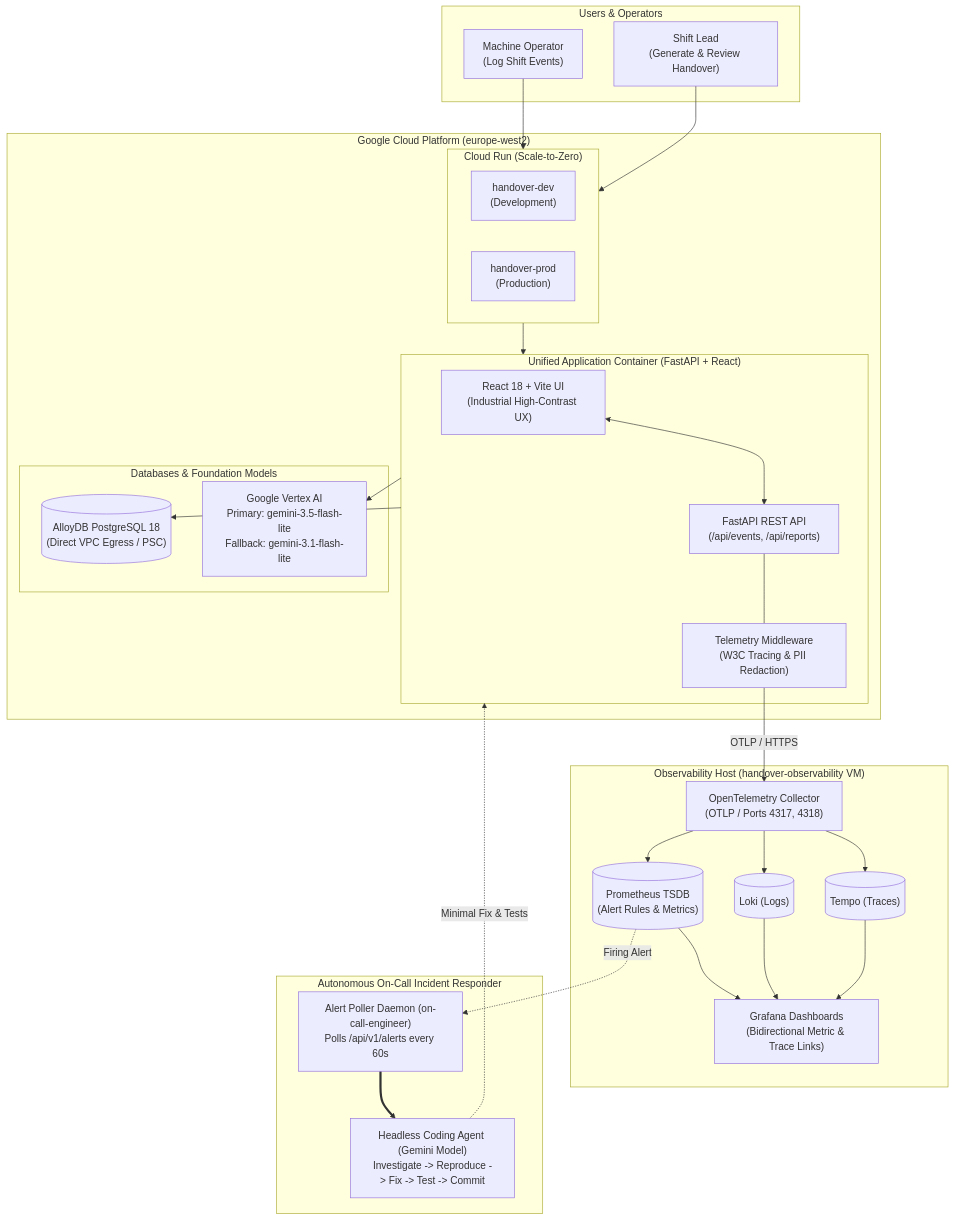
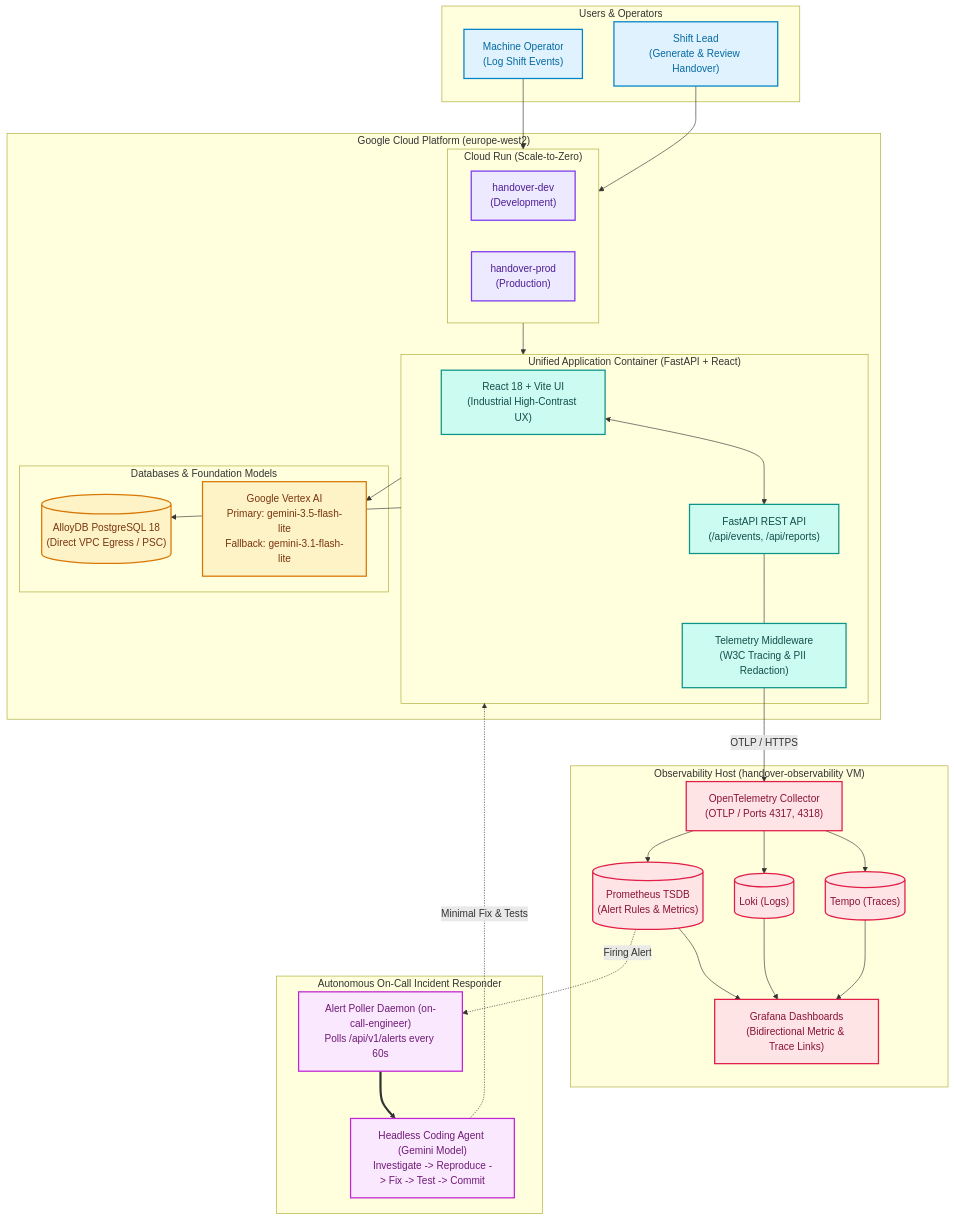
The first of 2 diagrams in README.md (gxobst/handover-copilot), drawn with Mermaid before and after one commit. The commit also changed other lines of this file and 12 other files, not shown here.

Commit message:
docs: enrich READMEs with vivid Mermaid styling, screenshots, and alert callouts (#40)

````diff
--- a/README.md
+++ b/README.md
@@ -64,58 +86,65 @@
 ```mermaid
 flowchart TD
+    classDef clientTier fill:#e0f2fe,stroke:#0284c7,stroke-width:2px,color:#0369a1;
+    classDef cloudRunTier fill:#ede9fe,stroke:#7c3aed,stroke-width:2px,color:#4c1d95;
+    classDef appTier fill:#ccfbf1,stroke:#0d9488,stroke-width:2px,color:#134e4a;
+    classDef dataTier fill:#fef3c7,stroke:#d97706,stroke-width:2px,color:#78350f;
+    classDef obsTier fill:#ffe4e6,stroke:#e11d48,stroke-width:2px,color:#881337;
+    classDef agentTier fill:#fae8ff,stroke:#c026d3,stroke-width:2px,color:#701a75;
+
     subgraph Clients["Users & Operators"]
-        Operator["Machine Operator\n(Log Shift Events)"]
-        Lead["Shift Lead\n(Generate & Review Handover)"]
+        Operator["Machine Operator\n(Log Shift Events)"]:::clientTier
+        Lead["Shift Lead\n(Generate & Review Handover)"]:::clientTier
     end
 
     subgraph GCP["Google Cloud Platform (europe-west2)"]
         subgraph CloudRun["Cloud Run (Scale-to-Zero)"]
-            DevApp["handover-dev\n(Development)"]
-            ProdApp["handover-prod\n(Production)"]
+            DevApp["handover-dev\n(Development)"]:::cloudRunTier
+            ProdApp["handover-prod\n(Production)"]:::cloudRunTier
         end
 
         subgraph Container["Unified Application Container (FastAPI + React)"]
-            Frontend["React 18 + Vite UI\n(Industrial High-Contrast UX)"]
-            API["FastAPI REST API\n(/api/events, /api/reports)"]
-            TelemetryMW["Telemetry Middleware\n(W3C Tracing & PII Redaction)"]
+            Frontend["React 18 + Vite UI\n(Industrial High-Contrast UX)"]:::appTier
+            API["FastAPI REST API\n(/api/events, /api/reports)"]:::appTier
+            TelemetryMW["Telemetry Middleware\n(W3C Tracing & PII Redaction)"]:::appTier
             Frontend <--> API
             API --- TelemetryMW
         end
 
         subgraph Storage["Databases & Foundation Models"]
-            AlloyDB[("AlloyDB PostgreSQL 18\n(Direct VPC Egress / PSC)")]
-            VertexAI["Google Vertex AI\nPrimary: gemini-3.5-flash-lite\nFallback: gemini-3.1-flash-lite"]
+            AlloyDB[("AlloyDB PostgreSQL 18\n(Direct VPC Egress / PSC)")]:::dataTier
+            VertexAI["Google Vertex AI\nPrimary: gemini-3.5-flash-lite\nFallback: gemini-3.1-flash-lite"]:::dataTier
         end
     end
 
     subgraph ObservabilityVM["Observability Host (handover-observability VM)"]
-        OTelCol["OpenTelemetry Collector\n(OTLP / Ports 4317, 4318)"]
-        Prometheus[("Prometheus TSDB\n(Alert Rules & Metrics)")]
-        Loki[("Loki (Logs)")]
-        Tempo[("Tempo (Traces)")]
-        Grafana["Grafana Dashboards\n(Bidirectional Metric & Trace Links)"]
+        OTelCol["OpenTelemetry Collector\n(OTLP / Ports 4317, 4318)"]:::obsTier
+        Prometheus[("Prometheus TSDB\n(Alert Rules & Metrics)")]:::obsTier
+        Loki[("Loki (Logs)")]:::obsTier
+        Tempo[("Tempo (Traces)")]:::obsTier
+        Grafana["Grafana Dashboards\n(Bidirectional Metric & Trace Links)"]:::obsTier
 
         OTelCol --> Prometheus
         OTelCol --> Loki
         OTelCol --> Tempo
         Prometheus --> Grafana
         Loki --> Grafana
         Tempo --> Grafana
     end
 
     subgraph OnCall["Autonomous On-Call Incident Responder"]
-        Poller["Alert Poller Daemon (on-call-engineer)\nPolls /api/v1/alerts every 60s"]
-        Agent["Headless Coding Agent (Gemini Model)\nInvestigate -> Reproduce -> Fix -> Test -> Commit"]
+        Poller["Alert Poller Daemon (on-call-engineer)\nPolls /api/v1/alerts every 60s"]:::agentTier
+        Agent["Headless Coding Agent (Gemini Model)\nInvestigate -> Reproduce -> Fix -> Test -> Commit"]:::agentTier
 
         Prometheus -. "Firing Alert" .-> Poller
         Poller ==> Agent
         Agent -. "Minimal Fix & Tests" .-> Container
     end
 
     Operator --> CloudRun
     Lead --> CloudRun
     CloudRun --> Container
     Container --> AlloyDB
     Container --> VertexAI
     TelemetryMW -- "OTLP / HTTPS" --> OTelCol
 ```
````
